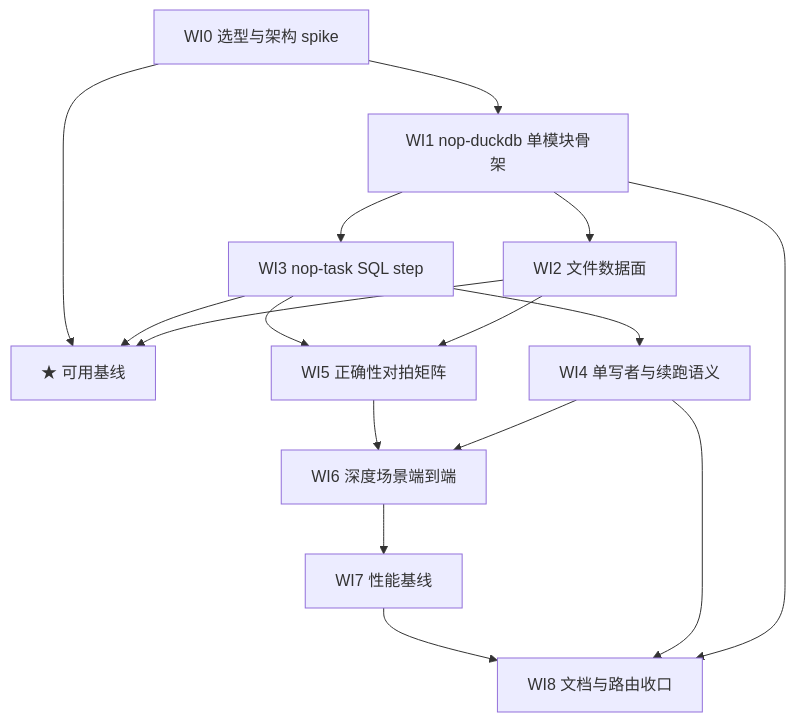
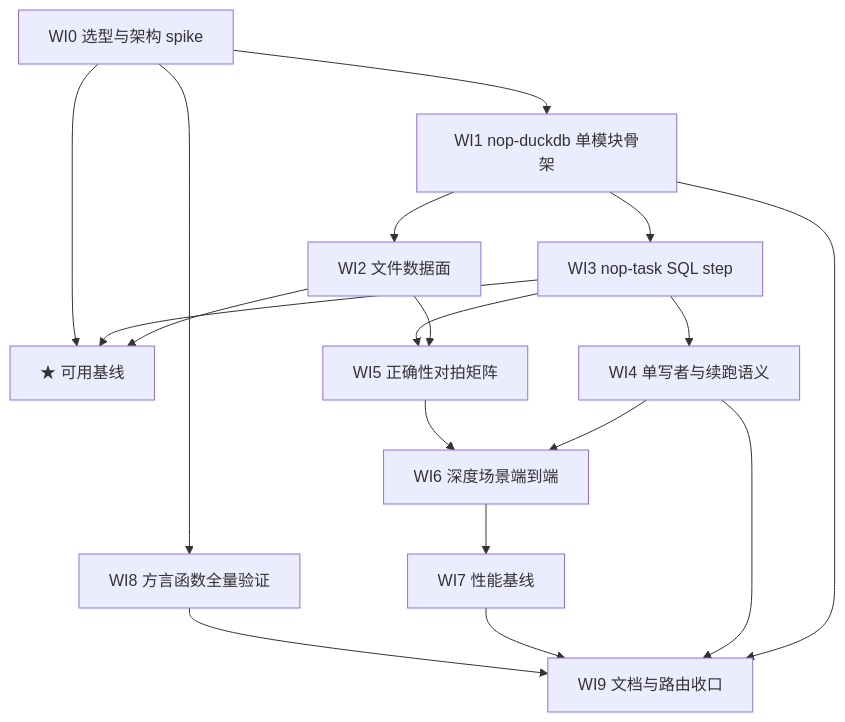
The diagram in ai-dev/backlog/duckdb-integration-roadmap.md (entropy-cloud/nop-entropy), drawn with Mermaid before and after one commit. The commit also changed other lines of this file and 1 other file, not shown here.

Commit message:
backlog(duckdb): 新增 WI8 方言函数全量验证，文档收口顺延 WI9
- 覆盖面量化：functions 仅 9 条覆盖声明，生效集为继承链合并后 ≈50 净函数（default 49 ∪ postgresql 8 ∪ duckdb 9），另有 sqls/errorCodes/sqlDataTypes 均未真实执行
- WI8：参数化测试枚举 getFunctionNames() 逐一真实 DuckDB 执行，test scope 驱动，dialect.xml 缺陷修复带回归，参照既有 TestDialect/JdbcTestCase；deps 仅 WI0 可提前并行
- 原 WI8 文档收口顺延 WI9（初稿期无 plan 引用，编号冻结）；依赖图/Rules 同步
- 验证：check-doc-links --strict 退出码 0

````diff
--- a/ai-dev/backlog/duckdb-integration-roadmap.md
+++ b/ai-dev/backlog/duckdb-integration-roadmap.md
@@ -82,18 +83,20 @@
 ```mermaid
 flowchart TD
     WI0[WI0 选型与架构 spike] --> WI1[WI1 nop-duckdb 单模块骨架]
     WI1 --> WI2[WI2 文件数据面]
     WI1 --> WI3[WI3 nop-task SQL step]
     WI2 --> M[★ 可用基线]
     WI3 --> M
     WI0 --> M
     WI3 --> WI4[WI4 单写者与续跑语义]
     WI2 --> WI5[WI5 正确性对拍矩阵]
     WI3 --> WI5
     WI4 --> WI6[WI6 深度场景端到端]
     WI5 --> WI6
     WI6 --> WI7[WI7 性能基线]
-    WI1 --> WI8[WI8 文档与路由收口]
-    WI4 --> WI8
-    WI7 --> WI8
+    WI0 --> WI8[WI8 方言函数全量验证]
+    WI1 --> WI9[WI9 文档与路由收口]
+    WI4 --> WI9
+    WI7 --> WI9
+    WI8 --> WI9
 ```
````
